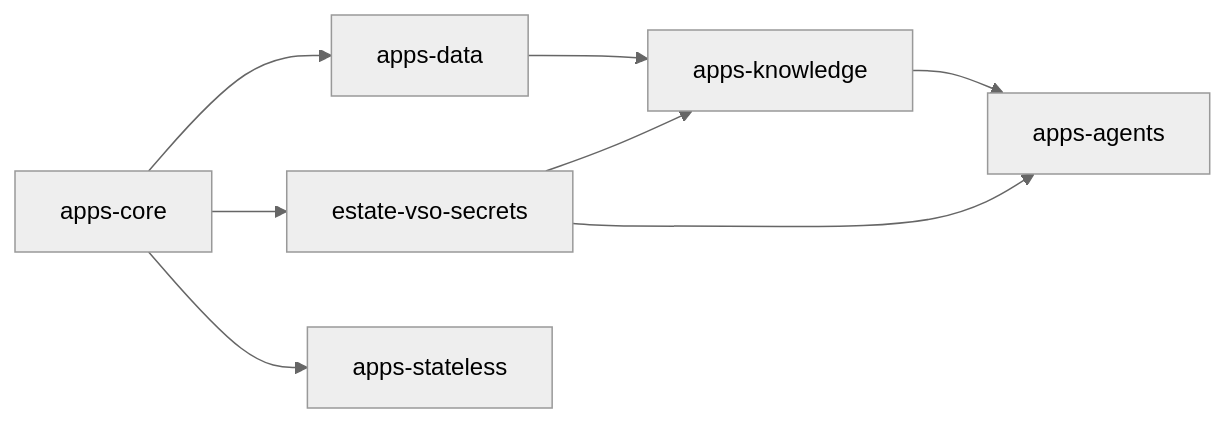
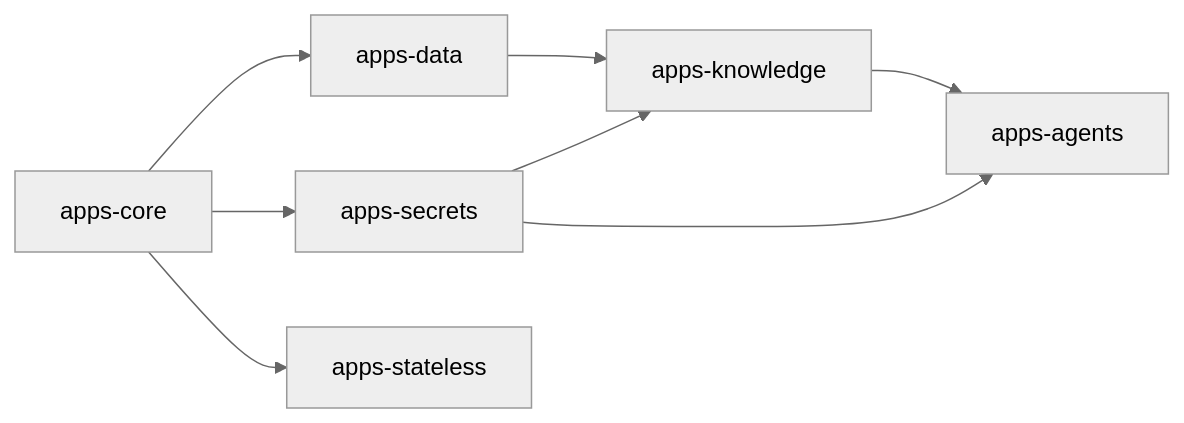
The third of 3 diagrams in spec/v1/20-resolved-deployment.md (JorisJonkers-dev/deploy-kit), drawn with Mermaid (neutral theme) before and after one commit. The commit also changed other lines of this file and 89 other files, not shown here.

````diff
--- a/spec/v1/20-resolved-deployment.md
+++ b/spec/v1/20-resolved-deployment.md
@@ -2138,10 +2147,10 @@
 ```mermaid
 flowchart LR
-    core["apps-core"] --> vso["estate-vso-secrets"]
+    core["apps-core"] --> vso["apps-secrets"]
     core --> data["apps-data"]
     core --> sl["apps-stateless"]
     data --> know["apps-knowledge"]
     vso --> know
     know --> agents["apps-agents"]
     vso --> agents
 ```
````
